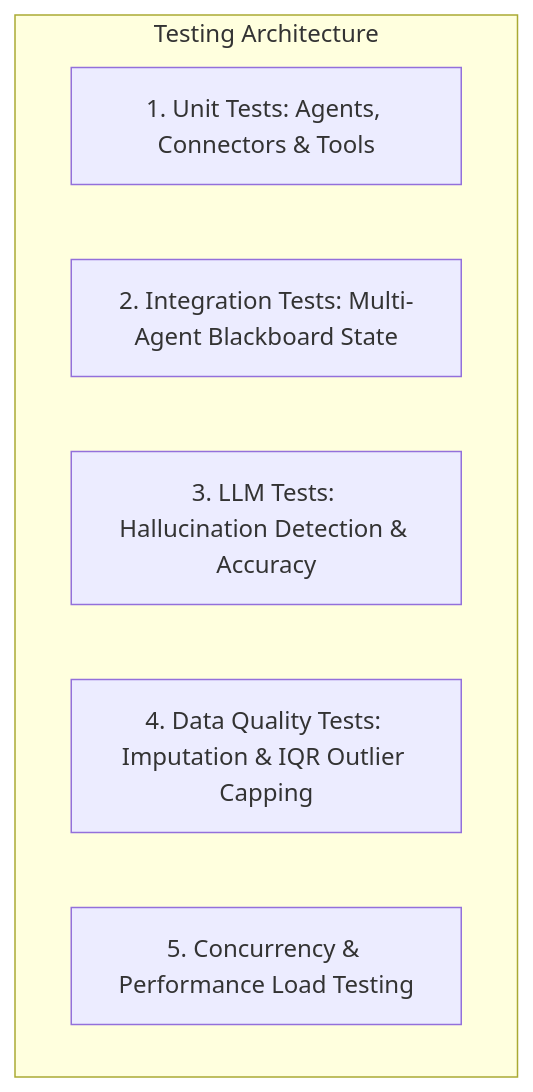
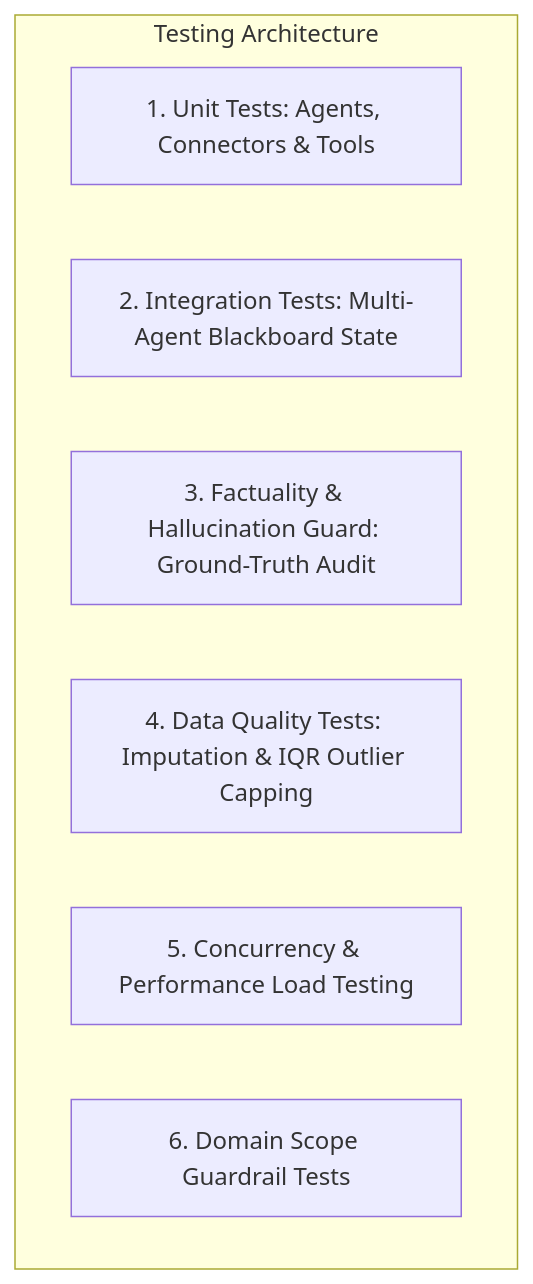
The first of 2 diagrams in TESTING.md (RohitKrSrivastava/Agentic-Policy-Analytics), drawn with Mermaid before and after one commit. The commit also changed other lines of this file and 38 other files, not shown here.

Commit message:
Issue source-grounded hallucination guard, dynamic query guardrails, empirical quality scoring, schema validation, and hardened CI

````diff
--- a/TESTING.md
+++ b/TESTING.md
@@ -13,10 +13,11 @@
 ```mermaid
 flowchart TD
     subgraph Testing_Layers [Testing Architecture]
-        U[1. Unit Tests: Agents, Connectors & Tools]
-        I[2. Integration Tests: Multi-Agent Blackboard State]
-        H[3. LLM Tests: Hallucination Detection & Accuracy]
-        Q[4. Data Quality Tests: Imputation & IQR Outlier Capping]
-        P[5. Concurrency & Performance Load Testing]
+        U["1. Unit Tests: Agents, Connectors & Tools"]
+        I["2. Integration Tests: Multi-Agent Blackboard State"]
+        H["3. Factuality & Hallucination Guard: Ground-Truth Audit"]
+        Q["4. Data Quality Tests: Imputation & IQR Outlier Capping"]
+        P["5. Concurrency & Performance Load Testing"]
+        G["6. Domain Scope Guardrail Tests"]
     end
 ```
````
